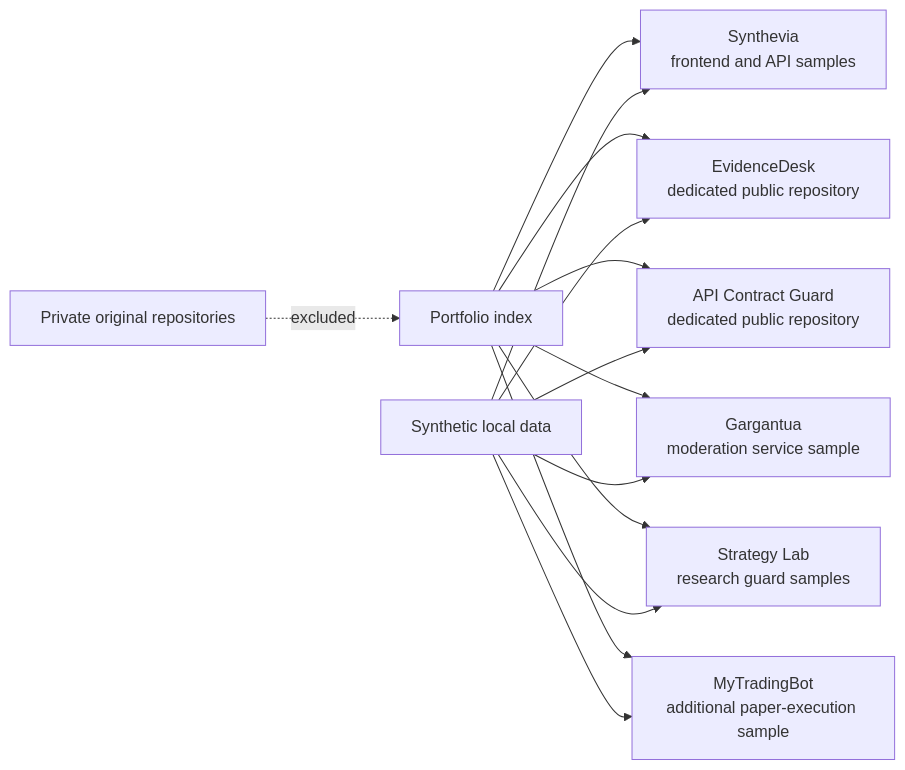
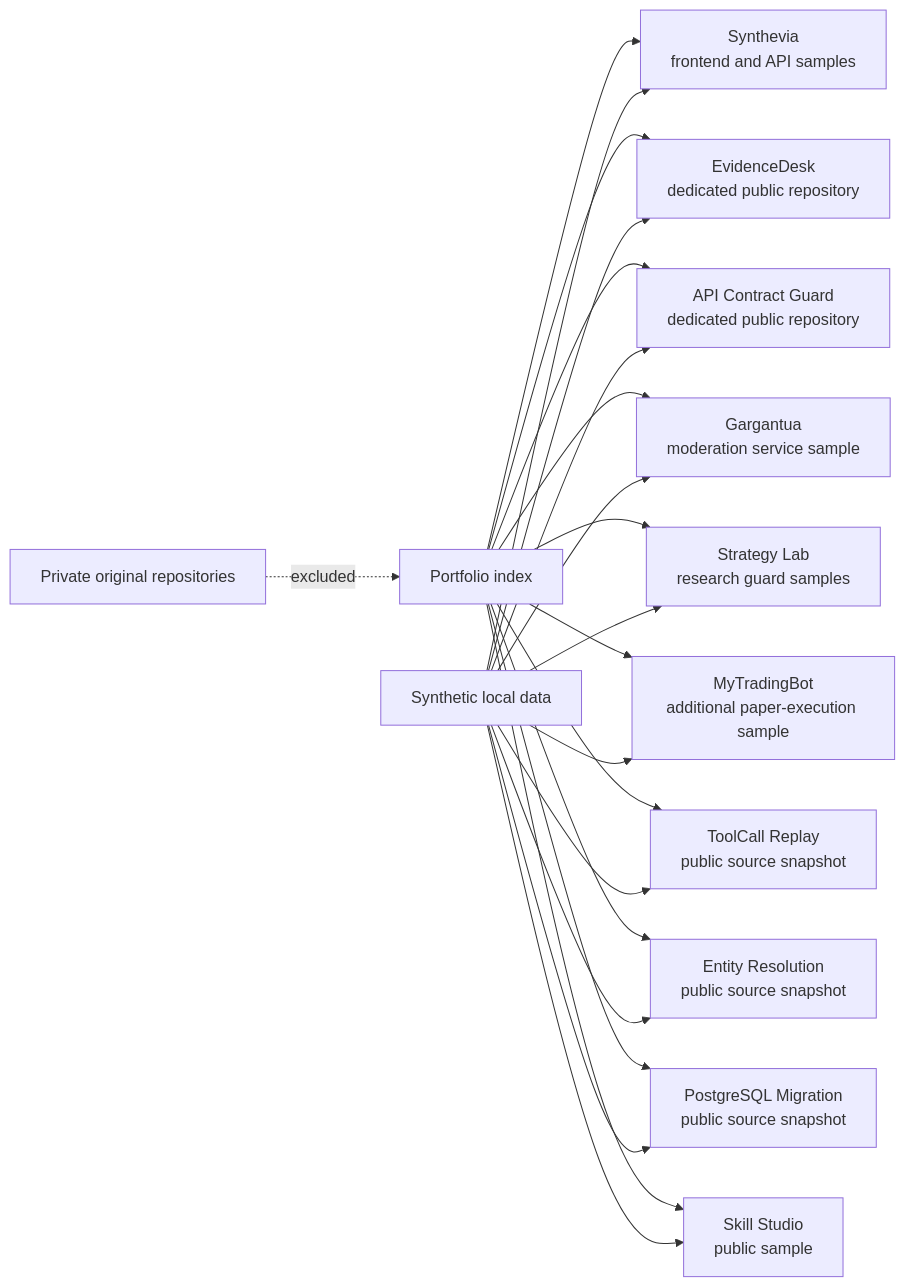
Before and after one commit to LuxuriantTech/software-engineering-portfolio: the diagram in README.md, drawn with Mermaid. The commit also changed other lines of this file and 12 other files, not shown here.

````diff
--- a/README.md
+++ b/README.md
@@ -42,18 +45,26 @@
 ```mermaid
 flowchart LR
     P[Portfolio index] --> S[Synthevia\nfrontend and API samples]
     P --> E[EvidenceDesk\ndedicated public repository]
     P --> A[API Contract Guard\ndedicated public repository]
     P --> G[Gargantua\nmoderation service sample]
     P --> L[Strategy Lab\nresearch guard samples]
     P --> M[MyTradingBot\nadditional paper-execution sample]
+    P --> T[ToolCall Replay\npublic source snapshot]
+    P --> R[Entity Resolution\npublic source snapshot]
+    P --> Q[PostgreSQL Migration\npublic source snapshot]
+    P --> K[Skill Studio\npublic sample]
 
     D[Synthetic local data] --> S
     D --> E
     D --> A
     D --> G
     D --> L
     D --> M
+    D --> T
+    D --> R
+    D --> Q
+    D --> K
 
     O[Private original repositories] -. excluded .-> P
 ```
````
